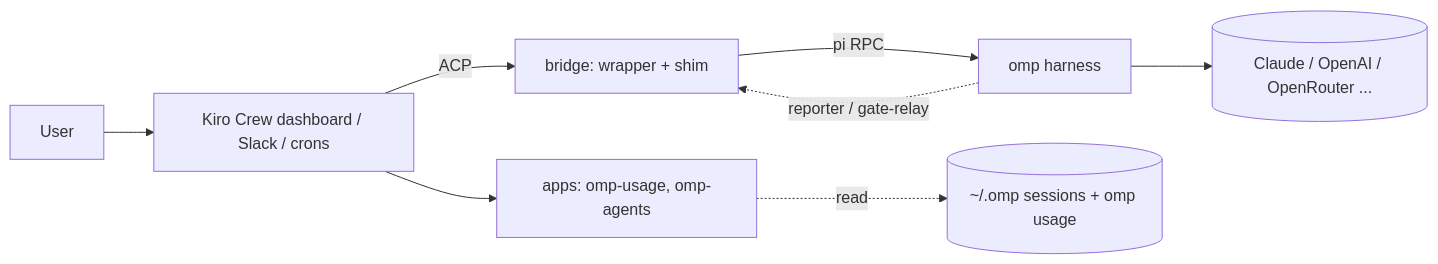
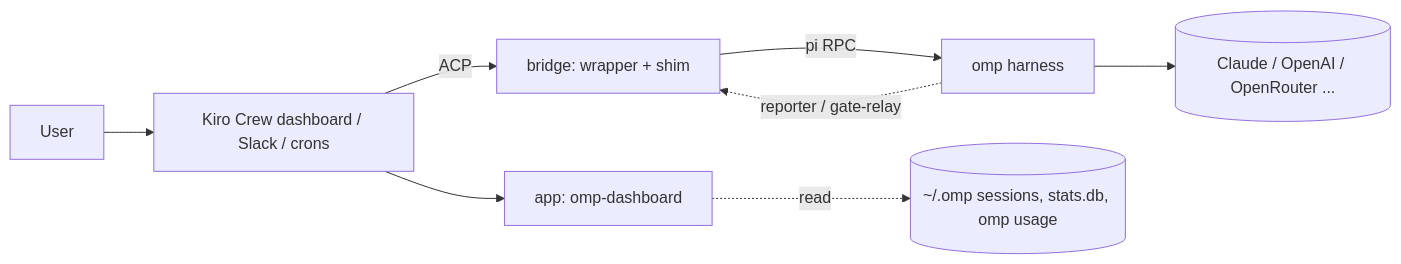
One commit to Tzula-AI/kiromp changed the diagram in README.md. Above: the diagram before and after it, drawn with Mermaid. The commit also changed other lines of this file and 115 other files, not shown here.

First line of the commit message:
apps: replace omp-usage and omp-agents with omp-dashboard

````diff
--- a/README.md
+++ b/README.md
@@ -19,10 +19,10 @@
 ```mermaid
 flowchart LR
   User --> Crew[Kiro Crew dashboard / Slack / crons]
   Crew -- ACP --> Bridge[bridge: wrapper + shim]
   Bridge -- pi RPC --> Omp[omp harness]
   Omp -. reporter / gate-relay .-> Bridge
   Omp --> Providers[(Claude / OpenAI / OpenRouter ...)]
-  Crew --> Apps[apps: omp-usage, omp-agents]
-  Apps -. read .-> OmpData[(~/.omp sessions + omp usage)]
+  Crew --> Apps[app: omp-dashboard]
+  Apps -. read .-> OmpData[(~/.omp sessions, stats.db, omp usage)]
 ```
````
